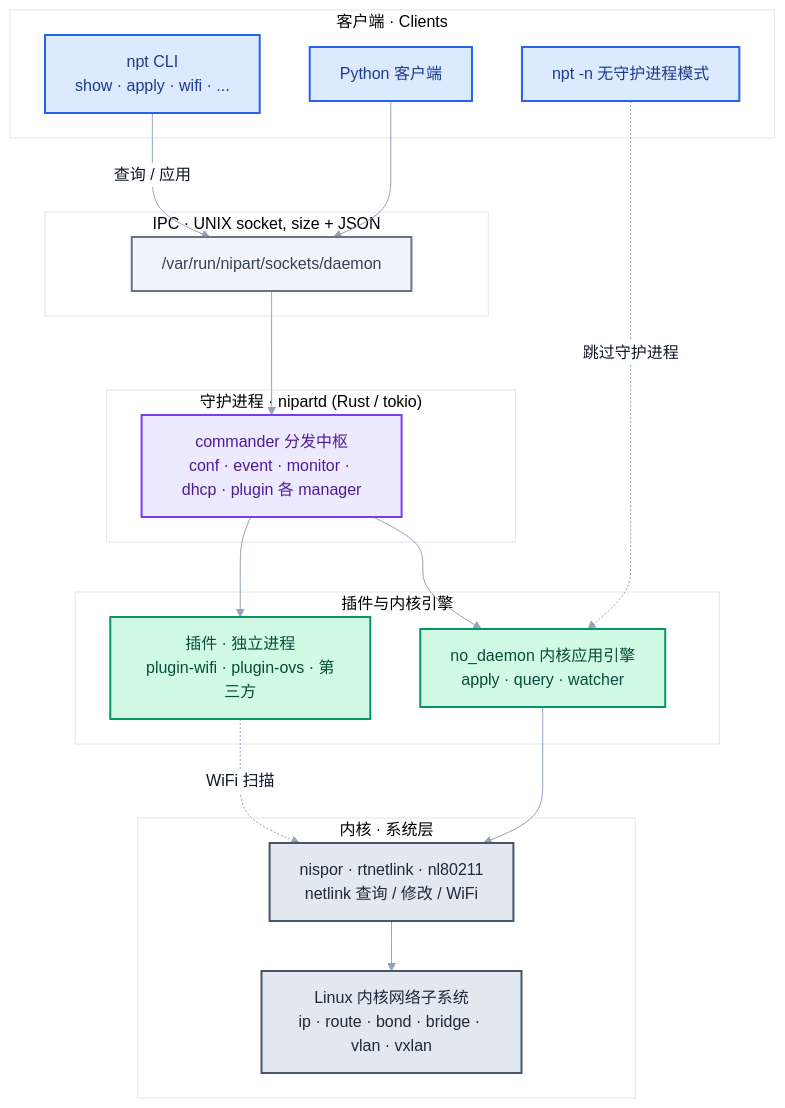
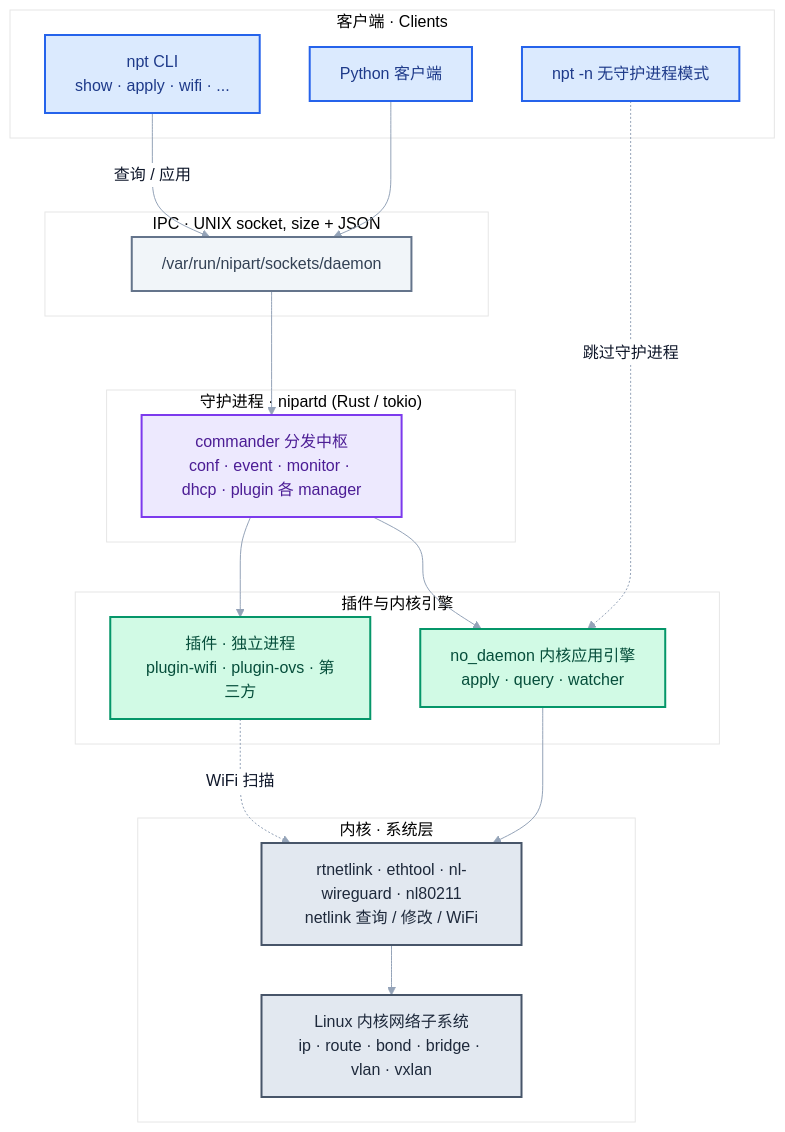
The diagram in docs/chinese/architecture.mmd (cathay4t/nipart), drawn with Mermaid before and after one commit.

Commit message:
docs: update Chinese architecture diagram
List the rust-netlink crates used by the kernel layer.

```diff
--- a/docs/chinese/architecture.mmd
+++ b/docs/chinese/architecture.mmd
@@ -1,57 +1,57 @@
 %% Nipart 架构图（PPT 展示用 · 简化版）
 %% 渲染: mmdc -i docs/architecture.mmd -o docs/architecture.svg
 %%{init: {"theme":"base","themeVariables":{"fontFamily":"Inter, PingFang SC, Microsoft YaHei, sans-serif","fontSize":"16px","primaryColor":"#ffffff","primaryBorderColor":"#cbd5e1","primaryTextColor":"#0f172a","lineColor":"#94a3b8","edgeLabelBackground":"#ffffff"}}}%%
 
 flowchart TB
     %% ============ 客户端层 ============
     subgraph CLIENTS["客户端 · Clients"]
         NPT["npt CLI<br/>show · apply · wifi · ..."]
         PYN["Python 客户端"]
         NOD["npt -n 无守护进程模式"]
     end
 
     %% ============ IPC ============
     subgraph IPC["IPC · UNIX socket, size + JSON"]
         SOCK["/var/run/nipart/sockets/daemon"]
     end
 
     %% ============ 守护进程 ============
     subgraph DAE["守护进程 · nipartd (Rust / tokio)"]
         CORE["commander 分发中枢<br/>conf · event · monitor · dhcp · plugin 各 manager"]
     end
 
     %% ============ 插件 + 引擎 ============
     subgraph MID["插件与内核引擎"]
         PL["插件 · 独立进程<br/>plugin-wifi · plugin-ovs · 第三方"]
         NODA["no_daemon 内核应用引擎<br/>apply · query · watcher"]
     end
 
     %% ============ 内核 ============
     subgraph KRN["内核 · 系统层"]
-        N["nispor · rtnetlink · nl80211<br/>netlink 查询 / 修改 / WiFi"]
+        N["rtnetlink · ethtool · nl-wireguard · nl80211<br/>netlink 查询 / 修改 / WiFi"]
         KS["Linux 内核网络子系统<br/>ip · route · bond · bridge · vlan · vxlan"]
     end
 
     %% ============ 连接 ============
     NPT -->|"查询 / 应用"| SOCK
     PYN --> SOCK
     SOCK --> CORE
     CORE --> PL
     CORE --> NODA
     NOD -.->|"跳过守护进程"| NODA
     NODA --> N
     N --> KS
     PL -.->|"WiFi 扫描"| N
 
     %% ============ 样式 ============
     classDef client fill:#dbeafe,stroke:#2563eb,stroke-width:2px,color:#1e3a8a;
     classDef ipc fill:#f1f5f9,stroke:#64748b,stroke-width:2px,color:#334155;
     classDef daemon fill:#ede9fe,stroke:#7c3aed,stroke-width:2px,color:#4c1d95;
     classDef mid fill:#d1fae5,stroke:#059669,stroke-width:2px,color:#064e3b;
     classDef kern fill:#e2e8f0,stroke:#475569,stroke-width:2px,color:#1e293b;
 
     class NPT,PYN,NOD client;
     class SOCK ipc;
     class CORE daemon;
     class PL,NODA mid;
     class N,KS kern;
```
